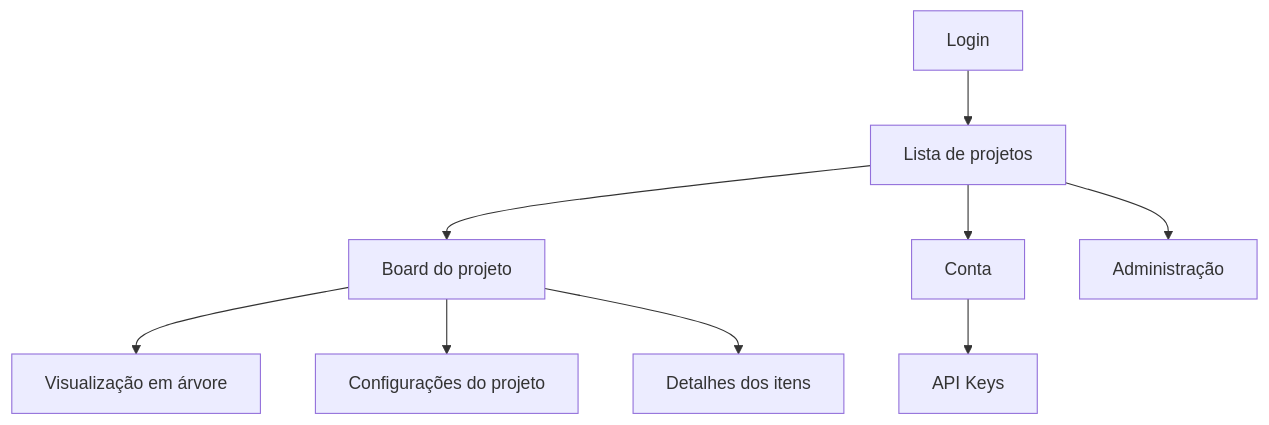
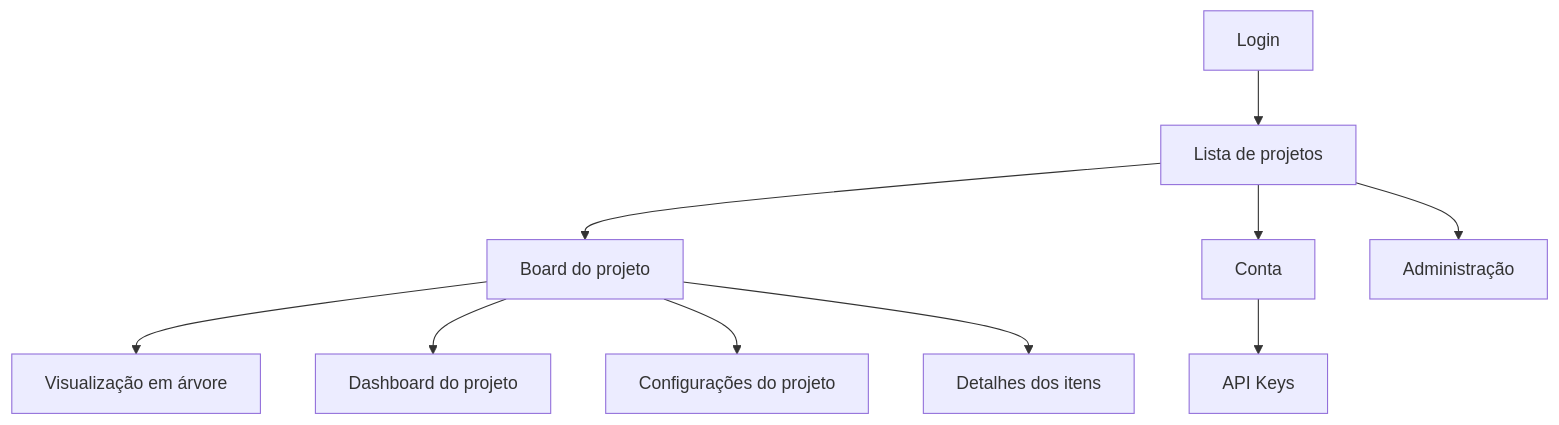
One commit to jairomello/azy-board changed the diagram in docs/azyboard-wiki/01 - Acesso e Navegacao/Navegacao Global.md. Above: the diagram before and after it, drawn with Mermaid. The commit also changed other lines of this file and 51 other files, not shown here.

````diff
--- a/docs/azyboard-wiki/01 - Acesso e Navegacao/Navegacao Global.md
+++ b/docs/azyboard-wiki/01 - Acesso e Navegacao/Navegacao Global.md
@@ -13,11 +13,12 @@
 ```mermaid
 flowchart TD
     Login[Login] --> Projetos[Lista de projetos]
     Projetos --> Board[Board do projeto]
     Board --> Arvore[Visualização em árvore]
+    Board --> Dashboard[Dashboard do projeto]
     Board --> Config[Configurações do projeto]
     Board --> Item[Detalhes dos itens]
     Projetos --> Conta[Conta]
     Conta --> Keys[API Keys]
     Projetos --> Admin[Administração]
 ```
````
